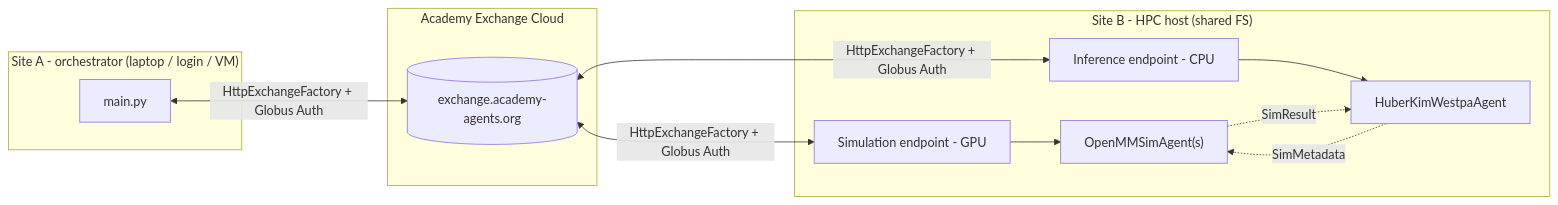
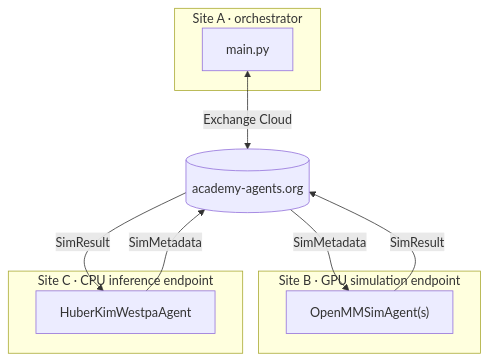
Before and after one commit to braceal/deepdrivewe-academy: the diagram in examples/openmm_ntl9_hk_multisite/README.md, drawn with Mermaid. The commit also changed other lines of this file, not shown here.

````diff
--- a/examples/openmm_ntl9_hk_multisite/README.md
+++ b/examples/openmm_ntl9_hk_multisite/README.md
@@ -16,25 +22,24 @@
 ```mermaid
-graph LR
-    subgraph "Site A - orchestrator (laptop / login / VM)"
+graph TD
+    subgraph "Site A · orchestrator"
         M["main.py"]
     end
 
-    subgraph "Academy Exchange Cloud"
-        EX[("exchange.academy-agents.org")]
+    M <-->|Exchange Cloud| EX
+
+    EX[("academy-agents.org")]
+
+
+    subgraph "Site B · GPU simulation endpoint"
+        SA["OpenMMSimAgent(s)"]
     end
 
-    subgraph "Site B - HPC host (shared FS)"
-        SE[Simulation endpoint - GPU]
-        IE[Inference endpoint - CPU]
-        SA["OpenMMSimAgent(s)"]
+    subgraph "Site C · CPU inference endpoint"
         WA[HuberKimWestpaAgent]
-        SE --> SA
-        IE --> WA
     end
 
-    M <-->|HttpExchangeFactory + Globus Auth| EX
-    EX <-->|HttpExchangeFactory + Globus Auth| SE
-    EX <-->|HttpExchangeFactory + Globus Auth| IE
-    WA -.->|SimMetadata| SA
-    SA -.->|SimResult| WA
+    WA -->|SimMetadata| EX
+    EX -->|SimMetadata| SA
+    SA -->|SimResult| EX
+    EX -->|SimResult| WA
 ```
````
